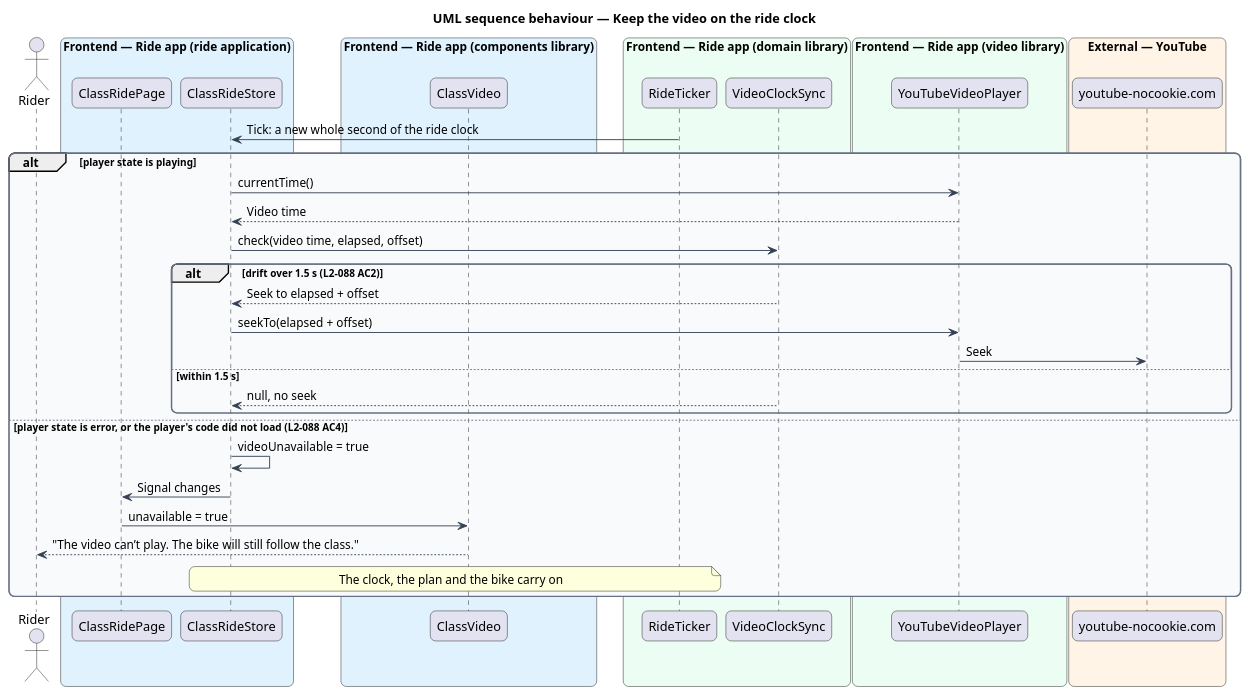
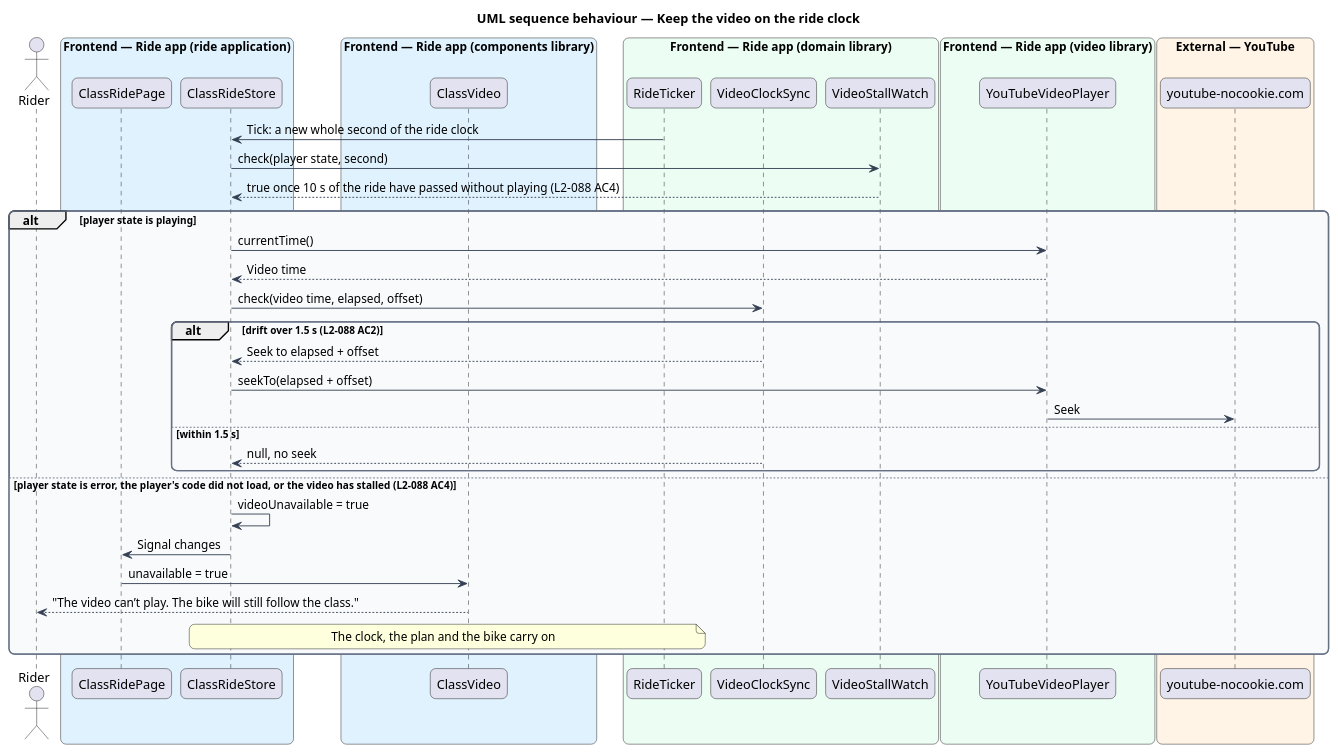
The diagram in docs/detailed-designs/class-ride/ride-the-class/diagrams/sequence-keep-the-video-on-the-clock.puml (QuinntyneBrown/ride-one), drawn with PlantUML before and after one commit. The commit also changed 69 other files, not shown here.

```diff
--- a/docs/detailed-designs/class-ride/ride-the-class/diagrams/sequence-keep-the-video-on-the-clock.puml
+++ b/docs/detailed-designs/class-ride/ride-the-class/diagrams/sequence-keep-the-video-on-the-clock.puml
@@ -1,54 +1,57 @@
 @startuml
 title UML sequence behaviour — Keep the video on the ride clock
 skinparam backgroundColor #FFFFFF
 skinparam shadowing false
 skinparam roundcorner 12
 skinparam defaultFontName Arial
 skinparam ArrowColor #344054
 skinparam rectangle {
   BorderColor #344054
   FontColor #101828
 }
 skinparam package {
   BorderColor #667085
   FontColor #101828
   BackgroundColor #F9FAFB
 }
 actor "Rider" as rider
 box "Frontend — Ride app (ride application)" #E0F2FE
   participant "ClassRidePage" as page
   participant "ClassRideStore" as store
 end box
 box "Frontend — Ride app (components library)" #E0F2FE
   participant "ClassVideo" as cvideo
 end box
 box "Frontend — Ride app (domain library)" #ECFDF3
   participant "RideTicker" as ticker
   participant "VideoClockSync" as sync
+  participant "VideoStallWatch" as stall
 end box
 box "Frontend — Ride app (video library)" #ECFDF3
   participant "YouTubeVideoPlayer" as player
 end box
 box "External — YouTube" #FFF4E5
   participant "youtube-nocookie.com" as yt
 end box
 ticker -> store : Tick: a new whole second of the ride clock
+store -> stall : check(player state, second)
+stall --> store : true once 10 s of the ride have passed without playing (L2-088 AC4)
 alt player state is playing
   store -> player : currentTime()
   player --> store : Video time
   store -> sync : check(video time, elapsed, offset)
   alt drift over 1.5 s (L2-088 AC2)
     sync --> store : Seek to elapsed + offset
     store -> player : seekTo(elapsed + offset)
     player -> yt : Seek
   else within 1.5 s
     sync --> store : null, no seek
   end
-else player state is error, or the player's code did not load (L2-088 AC4)
+else player state is error, the player's code did not load, or the video has stalled (L2-088 AC4)
   store -> store : videoUnavailable = true
   store -> page : Signal changes
   page -> cvideo : unavailable = true
   cvideo --> rider : "The video can’t play. The bike will still follow the class."
   note over store, ticker : The clock, the plan and the bike carry on
 end
 @enduml
```
